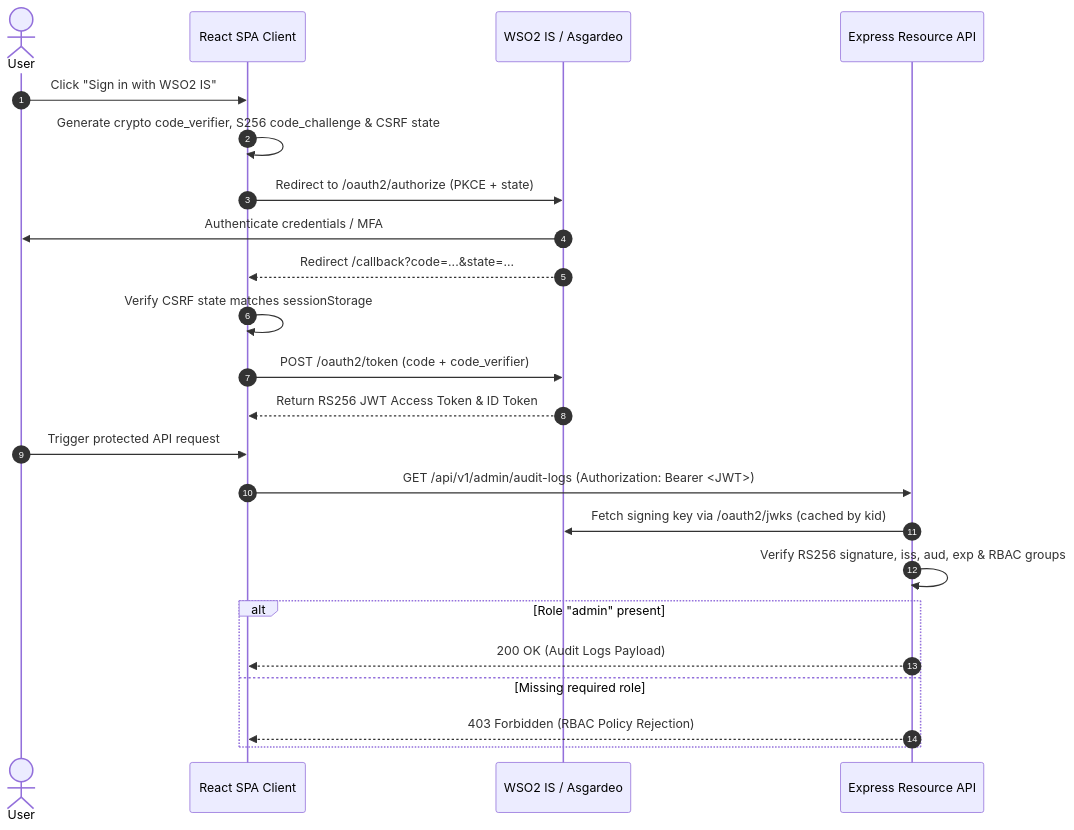
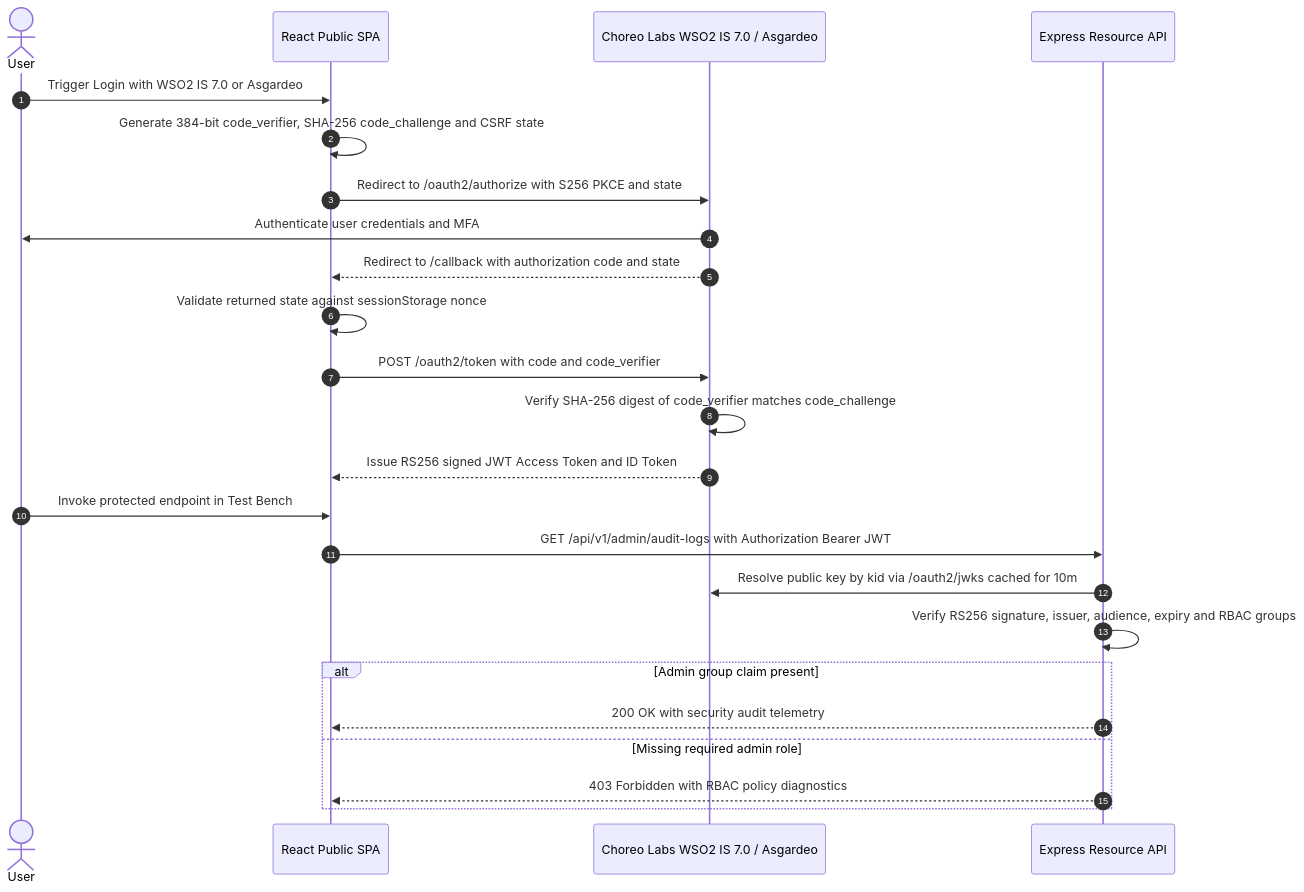
One commit to theekshana-sudeepa/wso2-identity-integration-demo changed the second of 2 diagrams in README.md. Above: the diagram before and after it, drawn with Mermaid. The commit also changed other lines of this file and 4 other files, not shown here.

Commit message:
docs(readme): add Choreo Labs showcase screenshots, setup runbook, and audited Mermaid diagrams

````diff
--- a/README.md
+++ b/README.md
@@ -61,26 +85,27 @@
 ```mermaid
 sequenceDiagram
     autonumber
     actor User
-    participant SPA as React SPA Client
-    participant WSO2 as WSO2 IS / Asgardeo
+    participant SPA as React Public SPA
+    participant IdP as Choreo Labs WSO2 IS 7.0 / Asgardeo
     participant API as Express Resource API
 
-    User->>SPA: Click "Sign in with WSO2 IS"
-    SPA->>SPA: Generate crypto code_verifier, S256 code_challenge & CSRF state
-    SPA->>WSO2: Redirect to /oauth2/authorize (PKCE + state)
-    WSO2->>User: Authenticate credentials / MFA
-    WSO2-->>SPA: Redirect /callback?code=...&state=...
-    SPA->>SPA: Verify CSRF state matches sessionStorage
-    SPA->>WSO2: POST /oauth2/token (code + code_verifier)
-    WSO2-->>SPA: Return RS256 JWT Access Token & ID Token
-    User->>SPA: Trigger protected API request
-    SPA->>API: GET /api/v1/admin/audit-logs (Authorization: Bearer <JWT>)
-    API->>WSO2: Fetch signing key via /oauth2/jwks (cached by kid)
-    API->>API: Verify RS256 signature, iss, aud, exp & RBAC groups
-    alt Role "admin" present
-        API-->>SPA: 200 OK (Audit Logs Payload)
-    else Missing required role
-        API-->>SPA: 403 Forbidden (RBAC Policy Rejection)
+    User->>SPA: Trigger Login with WSO2 IS 7.0 or Asgardeo
+    SPA->>SPA: Generate 384-bit code_verifier, SHA-256 code_challenge and CSRF state
+    SPA->>IdP: Redirect to /oauth2/authorize with S256 PKCE and state
+    IdP->>User: Authenticate user credentials and MFA
+    IdP-->>SPA: Redirect to /callback with authorization code and state
+    SPA->>SPA: Validate returned state against sessionStorage nonce
+    SPA->>IdP: POST /oauth2/token with code and code_verifier
+    IdP->>IdP: Verify SHA-256 digest of code_verifier matches code_challenge
+    IdP-->>SPA: Issue RS256 signed JWT Access Token and ID Token
+    User->>SPA: Invoke protected endpoint in Test Bench
+    SPA->>API: GET /api/v1/admin/audit-logs with Authorization Bearer JWT
+    API->>IdP: Resolve public key by kid via /oauth2/jwks cached for 10m
+    API->>API: Verify RS256 signature, issuer, audience, expiry and RBAC groups
+    alt Admin group claim present
+        API-->>SPA: 200 OK with security audit telemetry
+    else Missing required admin role
+        API-->>SPA: 403 Forbidden with RBAC policy diagnostics
     end
 ```
````
